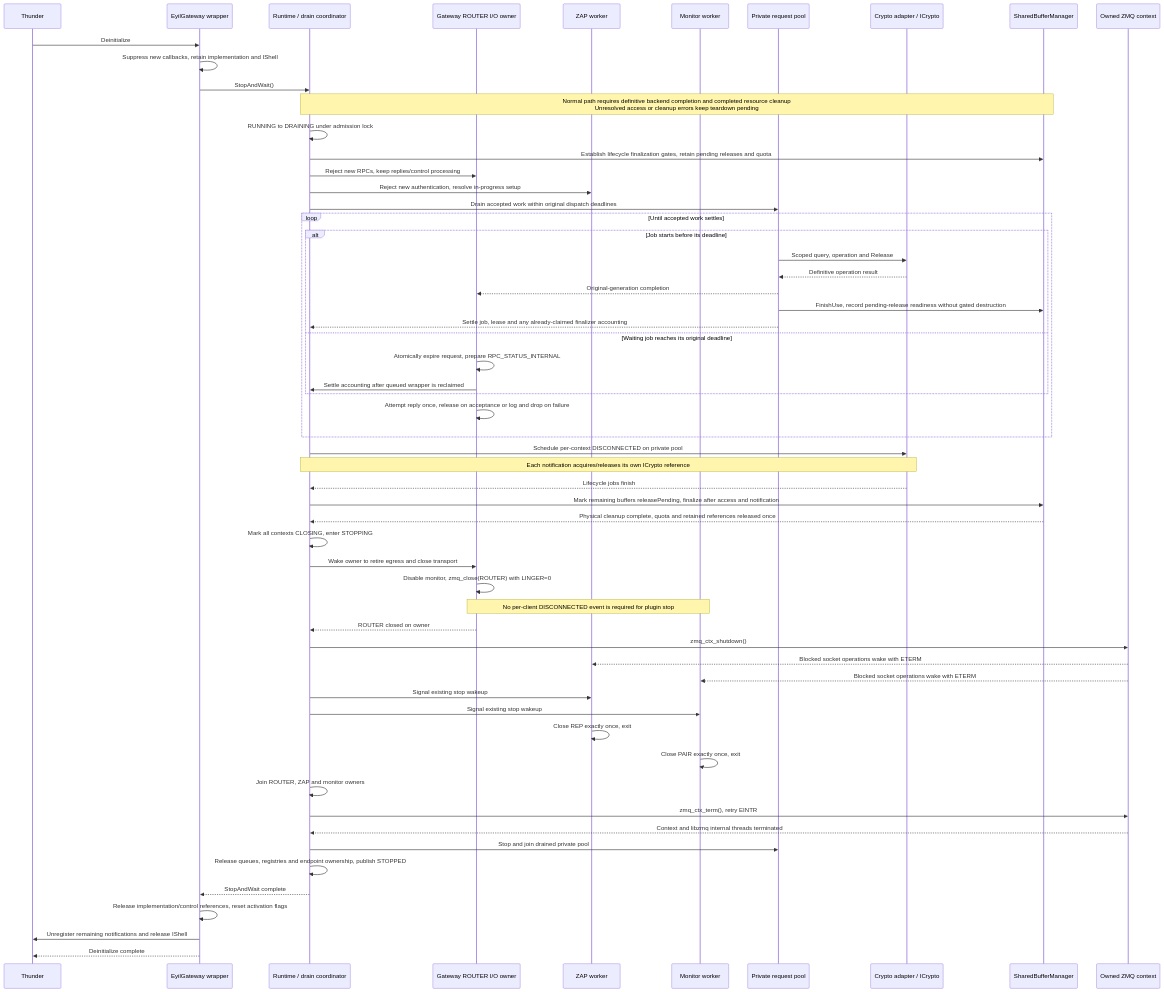
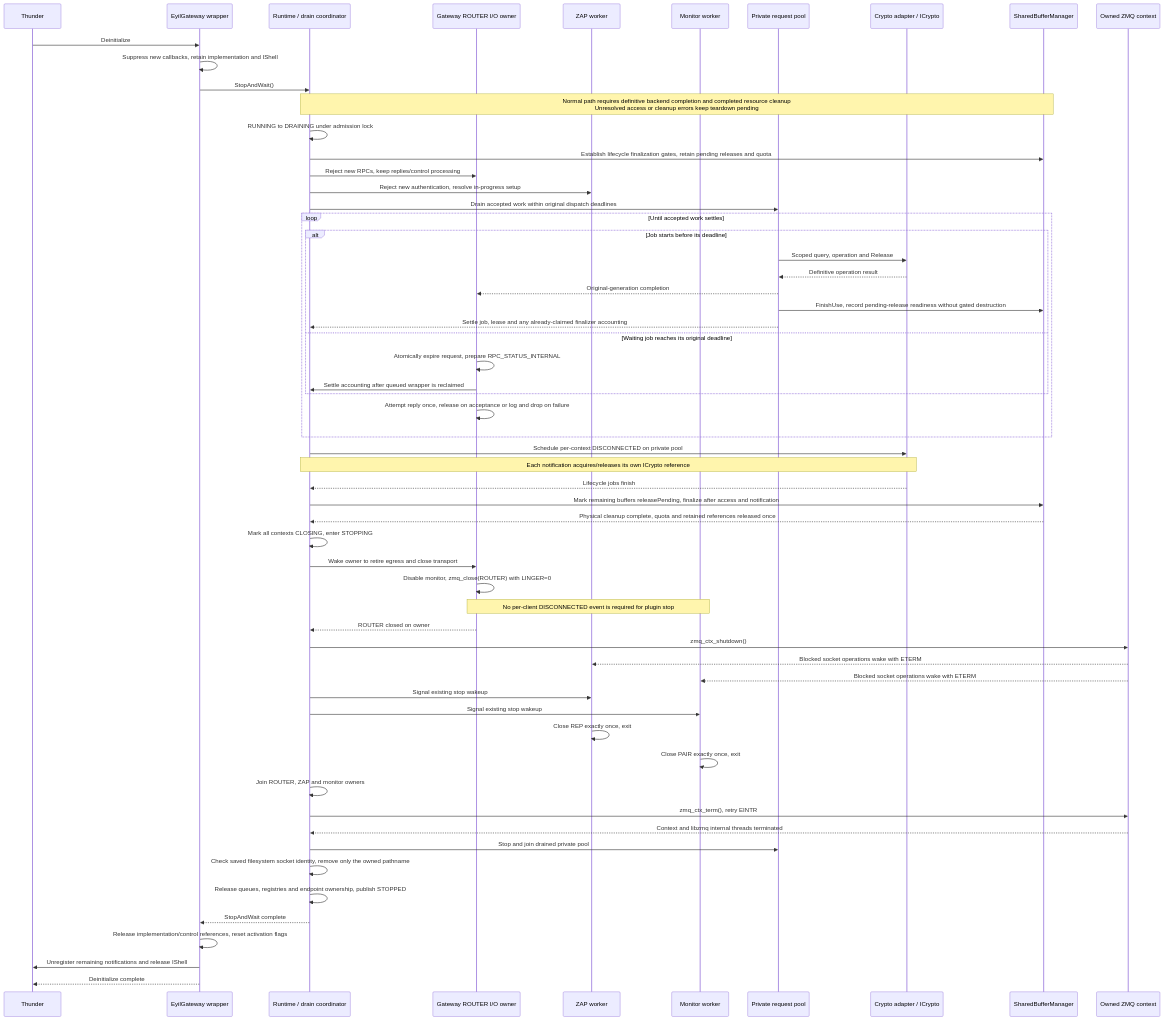
One commit to rdkcentral/eyil-secure-gateway changed diagram 21 of 22 in doc/EyilGateway.md. Above: the diagram before and after it, drawn with Mermaid. The commit also changed other lines of this file and 2 other files, not shown here.

````diff
--- a/doc/EyilGateway.md
+++ b/doc/EyilGateway.md
@@ -2579,61 +2670,62 @@
 ```mermaid
 sequenceDiagram
     participant T as Thunder
     participant P as EyilGateway wrapper
     participant I as Runtime / drain coordinator
     participant R as Gateway ROUTER I/O owner
     participant Z as ZAP worker
     participant M as Monitor worker
     participant W as Private request pool
     participant CP as Crypto adapter / ICrypto
     participant B as SharedBufferManager
     participant X as Owned ZMQ context
     T->>P: Deinitialize
     P->>P: Suppress new callbacks, retain implementation and IShell
     P->>I: StopAndWait()
     Note over I,B: Normal path requires definitive backend completion and completed resource cleanup<br/>Unresolved access or cleanup errors keep teardown pending
     I->>I: RUNNING to DRAINING under admission lock
     I->>B: Establish lifecycle finalization gates, retain pending releases and quota
     I->>R: Reject new RPCs, keep replies/control processing
     I->>Z: Reject new authentication, resolve in-progress setup
     I->>W: Drain accepted work within original dispatch deadlines
     loop Until accepted work settles
         alt Job starts before its deadline
             W->>CP: Scoped query, operation and Release
             CP-->>W: Definitive operation result
             W-->>R: Original-generation completion
             W->>B: FinishUse, record pending-release readiness without gated destruction
             W-->>I: Settle job, lease and any already-claimed finalizer accounting
         else Waiting job reaches its original deadline
             R->>R: Atomically expire request, prepare RPC_STATUS_INTERNAL
             R->>I: Settle accounting after queued wrapper is reclaimed
         end
         R->>R: Attempt reply once, release on acceptance or log and drop on failure
     end
     I->>CP: Schedule per-context DISCONNECTED on private pool
     Note over I,CP: Each notification acquires/releases its own ICrypto reference
     CP-->>I: Lifecycle jobs finish
     I->>B: Mark remaining buffers releasePending, finalize after access and notification
     B-->>I: Physical cleanup complete, quota and retained references released once
     I->>I: Mark all contexts CLOSING, enter STOPPING
     I->>R: Wake owner to retire egress and close transport
     R->>R: Disable monitor, zmq_close(ROUTER) with LINGER=0
     Note over R,M: No per-client DISCONNECTED event is required for plugin stop
     R-->>I: ROUTER closed on owner
     I->>X: zmq_ctx_shutdown()
     X-->>Z: Blocked socket operations wake with ETERM
     X-->>M: Blocked socket operations wake with ETERM
     I->>Z: Signal existing stop wakeup
     I->>M: Signal existing stop wakeup
     Z->>Z: Close REP exactly once, exit
     M->>M: Close PAIR exactly once, exit
     I->>I: Join ROUTER, ZAP and monitor owners
     I->>X: zmq_ctx_term(), retry EINTR
     X-->>I: Context and libzmq internal threads terminated
     I->>W: Stop and join drained private pool
+    I->>I: Check saved filesystem socket identity, remove only the owned pathname
     I->>I: Release queues, registries and endpoint ownership, publish STOPPED
     I-->>P: StopAndWait complete
     P->>P: Release implementation/control references, reset activation flags
     P->>T: Unregister remaining notifications and release IShell
     P-->>T: Deinitialize complete
 ```
````
